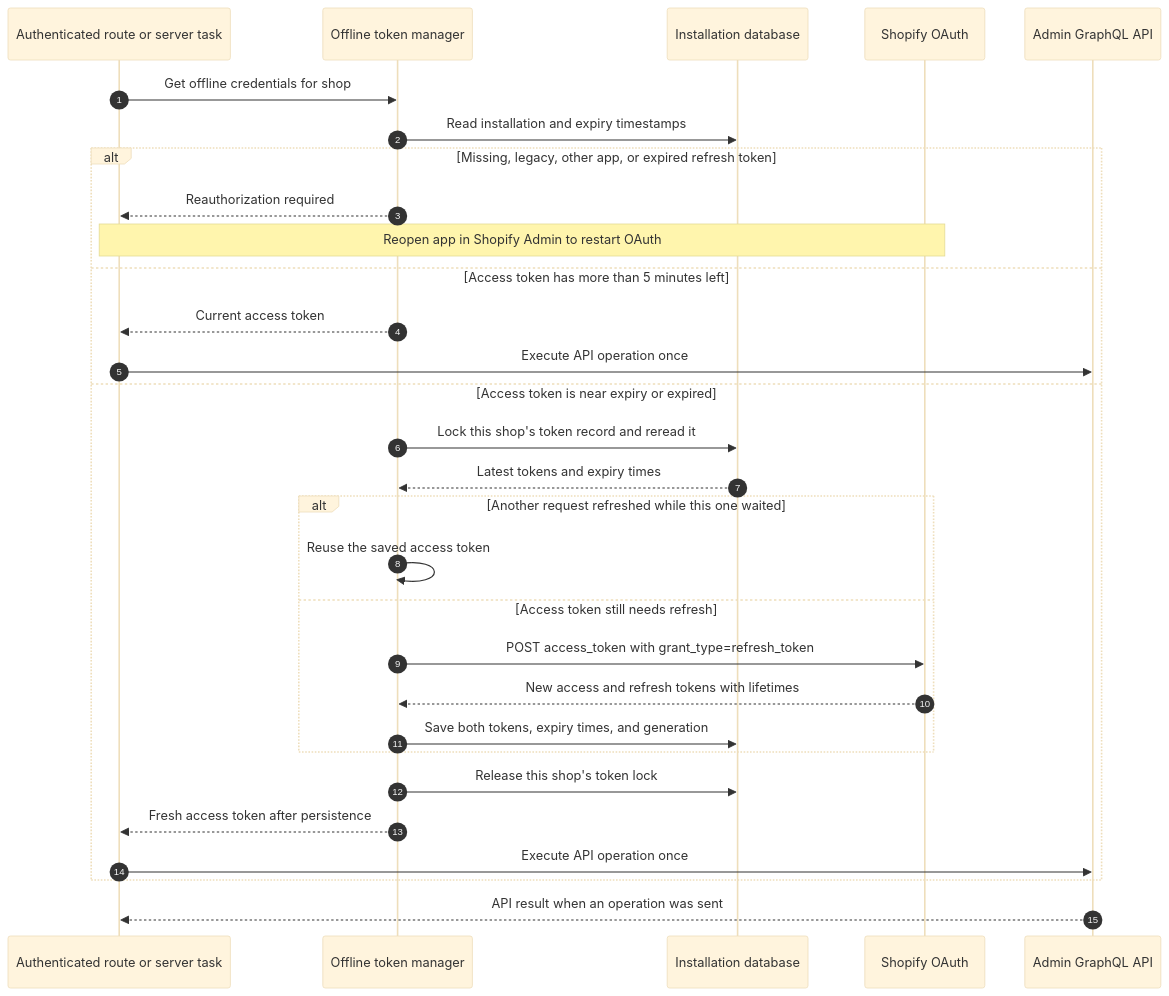
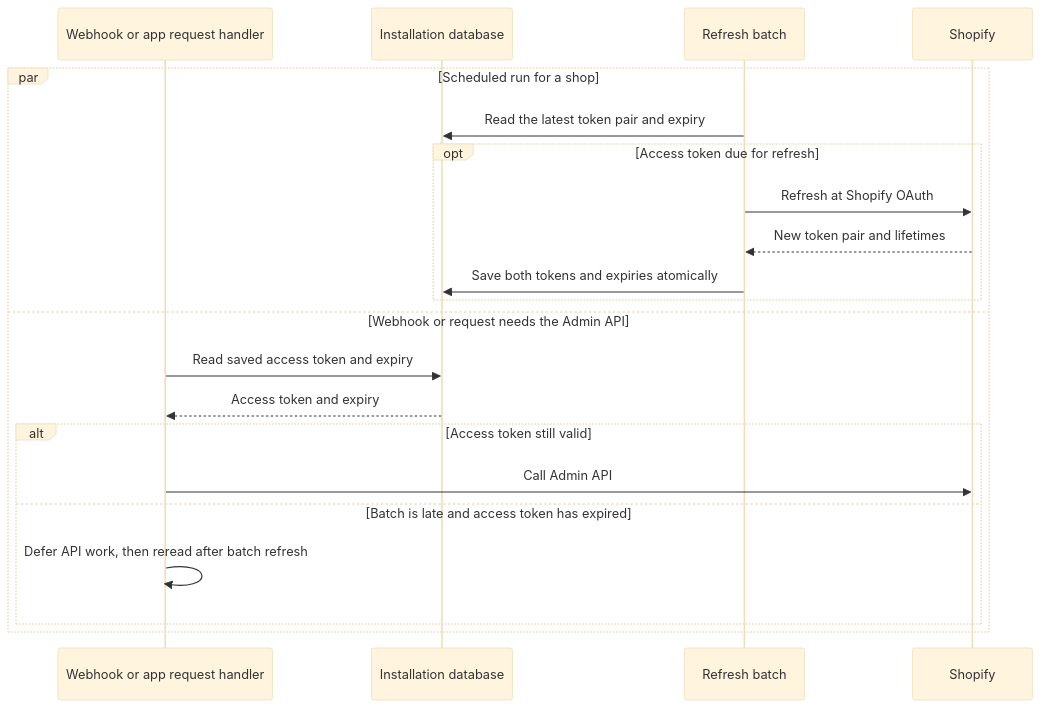
One commit to benzookapi/shopify-barebone-app-sample changed the third of 11 diagrams in docs/00-ARCHITECTURE.md. Above: the diagram before and after it, drawn with Mermaid (base theme). The commit also changed other lines of this file, not shown here.

Commit message:
Document on-demand and batch-only offline token refresh

````diff
--- a/docs/00-ARCHITECTURE.md
+++ b/docs/00-ARCHITECTURE.md
@@ -63,33 +83,24 @@
 ```mermaid
 sequenceDiagram
-    autonumber
-    participant Caller as Authenticated route or server task
-    participant Tokens as Offline token manager
+    participant Caller as Webhook or app request handler
     participant DB as Installation database
-    participant OAuth as Shopify OAuth
-    participant API as Admin GraphQL API
+    participant Batch as Refresh batch
+    participant Shopify as Shopify
 
-    Caller->>Tokens: Get offline credentials for shop
-    Tokens->>DB: Read installation and expiry timestamps
-    alt Missing, legacy, other app, or expired refresh token
-        Tokens-->>Caller: Reauthorization required
-        Note over Caller,OAuth: Reopen app in Shopify Admin to restart OAuth
-    else Access token has more than 5 minutes left
-        Tokens-->>Caller: Current access token
-        Caller->>API: Execute API operation once
-    else Access token is near expiry or expired
-        Tokens->>DB: Lock this shop's token record and reread it
-        DB-->>Tokens: Latest tokens and expiry times
-        alt Another request refreshed while this one waited
-            Tokens->>Tokens: Reuse the saved access token
-        else Access token still needs refresh
-            Tokens->>OAuth: POST access_token with grant_type=refresh_token
-            OAuth-->>Tokens: New access and refresh tokens with lifetimes
-            Tokens->>DB: Save both tokens, expiry times, and generation
+    par Scheduled run for a shop
+        Batch->>DB: Read the latest token pair and expiry
+        opt Access token due for refresh
+            Batch->>Shopify: Refresh at Shopify OAuth
+            Shopify-->>Batch: New token pair and lifetimes
+            Batch->>DB: Save both tokens and expiries atomically
         end
-        Tokens->>DB: Release this shop's token lock
-        Tokens-->>Caller: Fresh access token after persistence
-        Caller->>API: Execute API operation once
+    and Webhook or request needs the Admin API
+        Caller->>DB: Read saved access token and expiry
+        DB-->>Caller: Access token and expiry
+        alt Access token still valid
+            Caller->>Shopify: Call Admin API
+        else Batch is late and access token has expired
+            Caller->>Caller: Defer API work, then reread after batch refresh
+        end
     end
-    API-->>Caller: API result when an operation was sent
 ```
````
